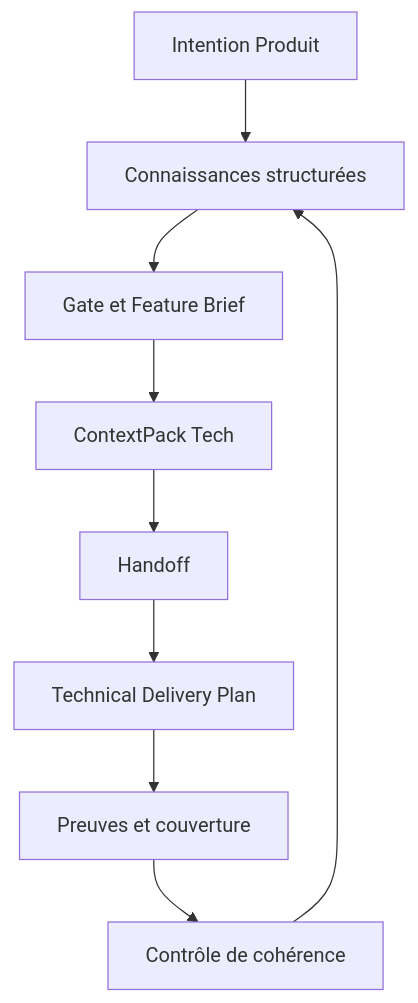
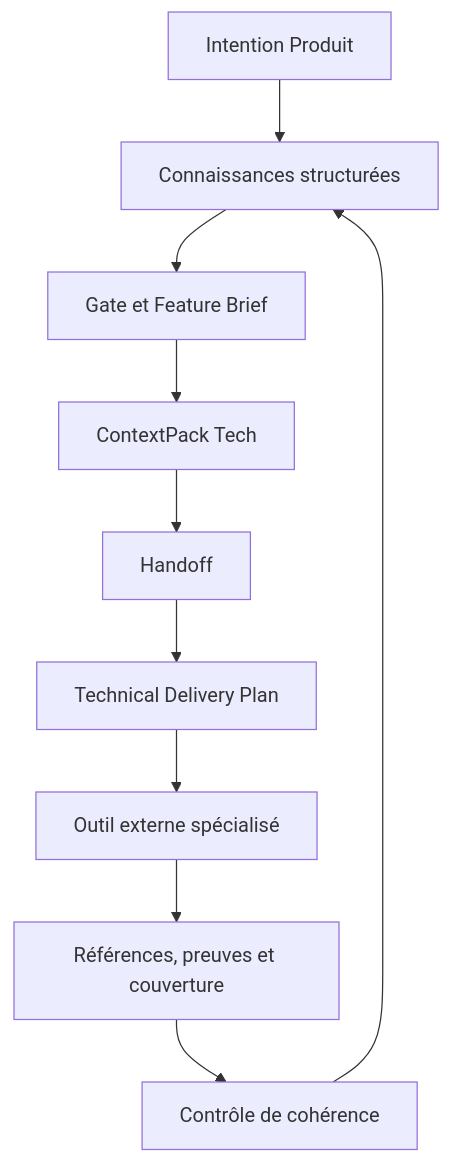
One commit to gneed49/ai-center changed the diagram in docs/product/04-mvp-scope.md. Above: the diagram before and after it, drawn with Mermaid. The commit also changed other lines of this file and 33 other files, not shown here.

````diff
--- a/docs/product/04-mvp-scope.md
+++ b/docs/product/04-mvp-scope.md
@@ -82,11 +86,12 @@
 ```mermaid
 flowchart TD
     A["Intention Produit"] --> B["Connaissances structurées"]
     B --> C["Gate et Feature Brief"]
     C --> D["ContextPack Tech"]
     D --> E["Handoff"]
     E --> F["Technical Delivery Plan"]
-    F --> G["Preuves et couverture"]
+    F --> X["Outil externe spécialisé"]
+    X --> G["Références, preuves et couverture"]
     G --> H["Contrôle de cohérence"]
     H --> B
 ```
````
